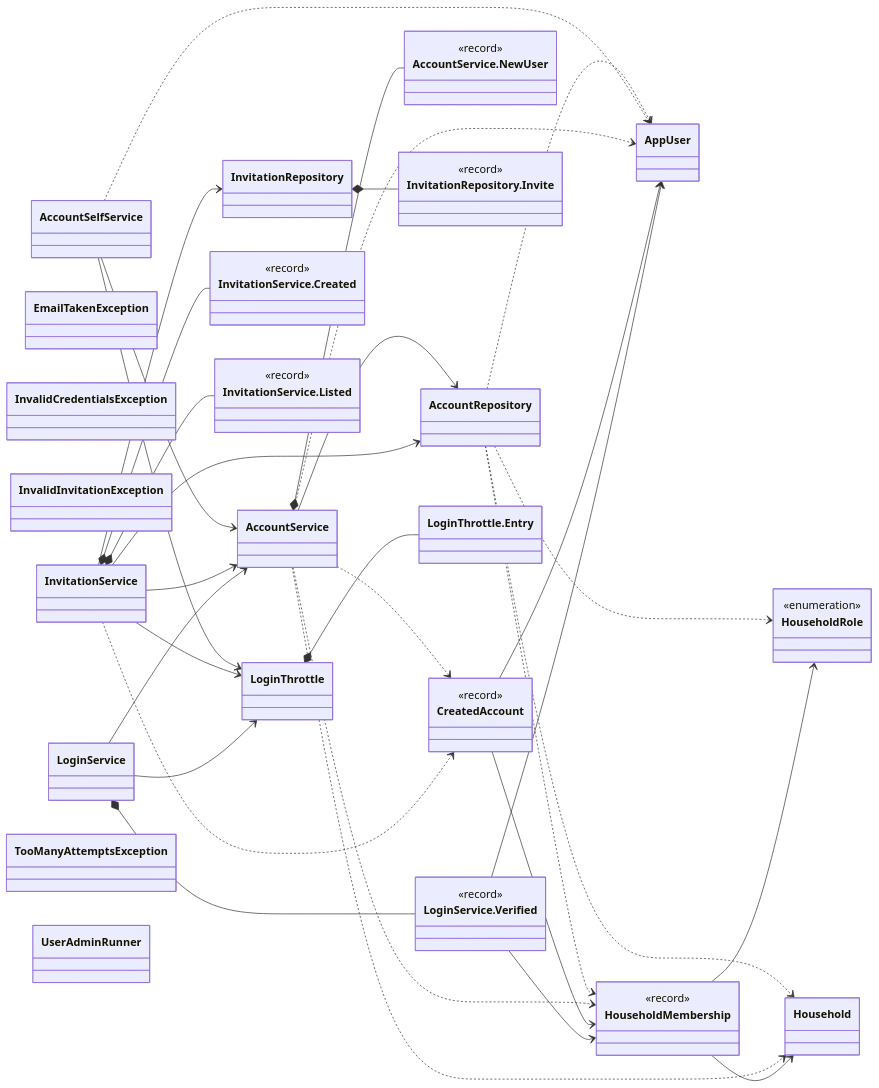
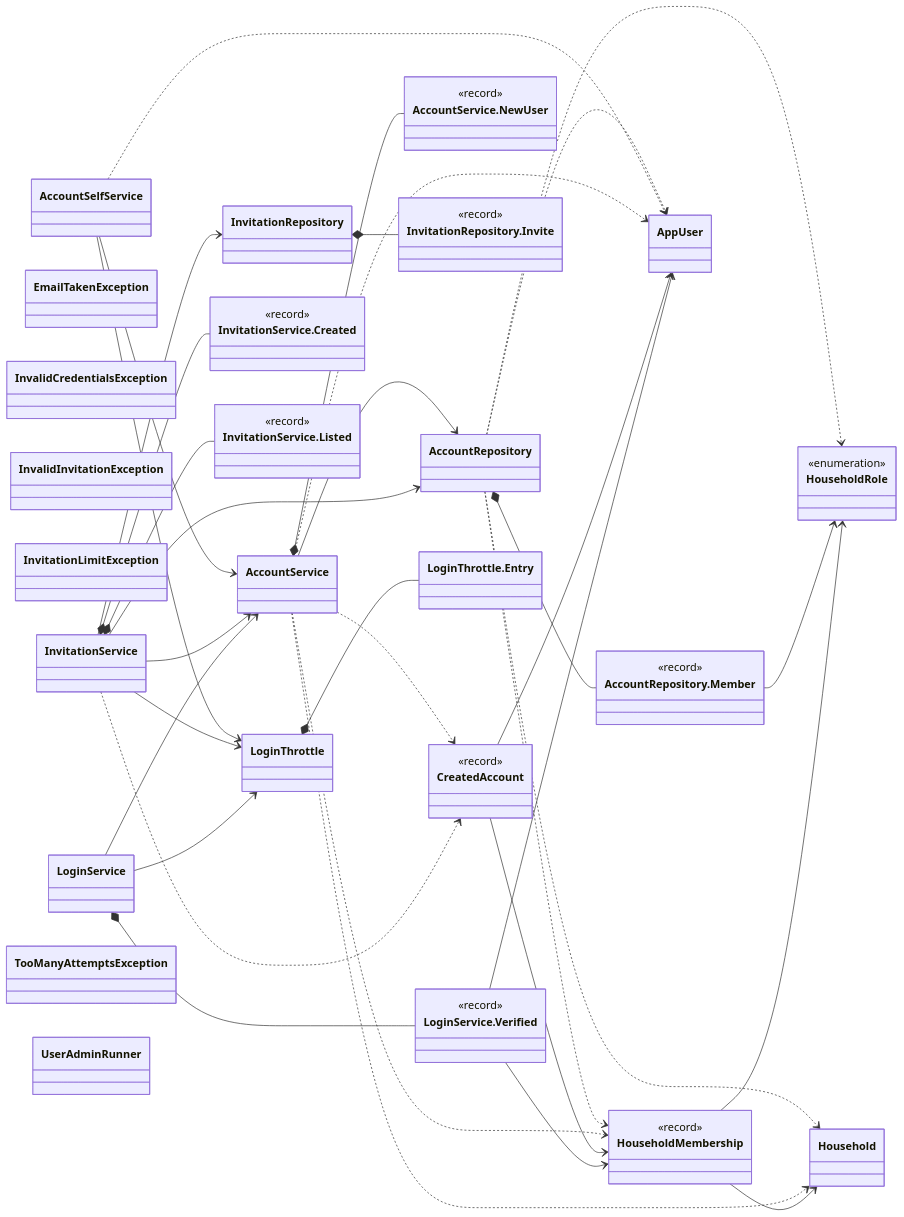
The first of 26 diagrams in docs/classes/auth.md (Nate-ryan-7690/dahaem), drawn with Mermaid before and after one commit. The commit also changed other lines of this file and 4 other files, not shown here.

````diff
--- a/docs/classes/auth.md
+++ b/docs/classes/auth.md
@@ -11,74 +11,80 @@
 ```mermaid
 classDiagram
     direction LR
     class auth_AccountRepository["AccountRepository"]
+    class auth_AccountRepository_Member["AccountRepository.Member"] {
+        <<record>>
+    }
     class auth_AccountSelfService["AccountSelfService"]
     class auth_AccountService["AccountService"]
     class auth_AccountService_NewUser["AccountService.NewUser"] {
         <<record>>
     }
     class auth_AppUser["AppUser"]
     class auth_CreatedAccount["CreatedAccount"] {
         <<record>>
     }
     class auth_EmailTakenException["EmailTakenException"]
     class auth_Household["Household"]
     class auth_HouseholdMembership["HouseholdMembership"] {
         <<record>>
     }
     class auth_HouseholdRole["HouseholdRole"] {
         <<enumeration>>
     }
     class auth_InvalidCredentialsException["InvalidCredentialsException"]
     class auth_InvalidInvitationException["InvalidInvitationException"]
+    class auth_InvitationLimitException["InvitationLimitException"]
     class auth_InvitationRepository["InvitationRepository"]
     class auth_InvitationRepository_Invite["InvitationRepository.Invite"] {
         <<record>>
     }
     class auth_InvitationService["InvitationService"]
     class auth_InvitationService_Created["InvitationService.Created"] {
         <<record>>
     }
     class auth_InvitationService_Listed["InvitationService.Listed"] {
         <<record>>
     }
     class auth_LoginService["LoginService"]
     class auth_LoginService_Verified["LoginService.Verified"] {
         <<record>>
     }
     class auth_LoginThrottle["LoginThrottle"]
     class auth_LoginThrottle_Entry["LoginThrottle.Entry"]
     class auth_TooManyAttemptsException["TooManyAttemptsException"]
     class auth_UserAdminRunner["UserAdminRunner"]
+    auth_AccountRepository *-- auth_AccountRepository_Member
     auth_AccountRepository ..> auth_Household
     auth_AccountRepository ..> auth_AppUser
     auth_AccountRepository ..> auth_HouseholdRole
     auth_AccountRepository ..> auth_HouseholdMembership
+    auth_AccountRepository_Member --> auth_HouseholdRole
     auth_AccountSelfService --> auth_AccountService
     auth_AccountSelfService --> auth_LoginThrottle
     auth_AccountSelfService ..> auth_AppUser
     auth_AccountService *-- auth_AccountService_NewUser
     auth_AccountService --> auth_AccountRepository
     auth_AccountService ..> auth_CreatedAccount
     auth_AccountService ..> auth_AppUser
     auth_AccountService ..> auth_HouseholdMembership
     auth_AccountService ..> auth_Household
     auth_CreatedAccount --> auth_AppUser
     auth_CreatedAccount --> auth_HouseholdMembership
     auth_HouseholdMembership --> auth_Household
     auth_HouseholdMembership --> auth_HouseholdRole
     auth_InvitationRepository *-- auth_InvitationRepository_Invite
     auth_InvitationService *-- auth_InvitationService_Created
     auth_InvitationService *-- auth_InvitationService_Listed
     auth_InvitationService --> auth_InvitationRepository
     auth_InvitationService --> auth_AccountRepository
     auth_InvitationService --> auth_AccountService
     auth_InvitationService --> auth_LoginThrottle
     auth_InvitationService ..> auth_CreatedAccount
     auth_LoginService *-- auth_LoginService_Verified
     auth_LoginService --> auth_AccountService
     auth_LoginService --> auth_LoginThrottle
     auth_LoginService_Verified --> auth_AppUser
     auth_LoginService_Verified --> auth_HouseholdMembership
     auth_LoginThrottle *-- auth_LoginThrottle_Entry
 ```
````
